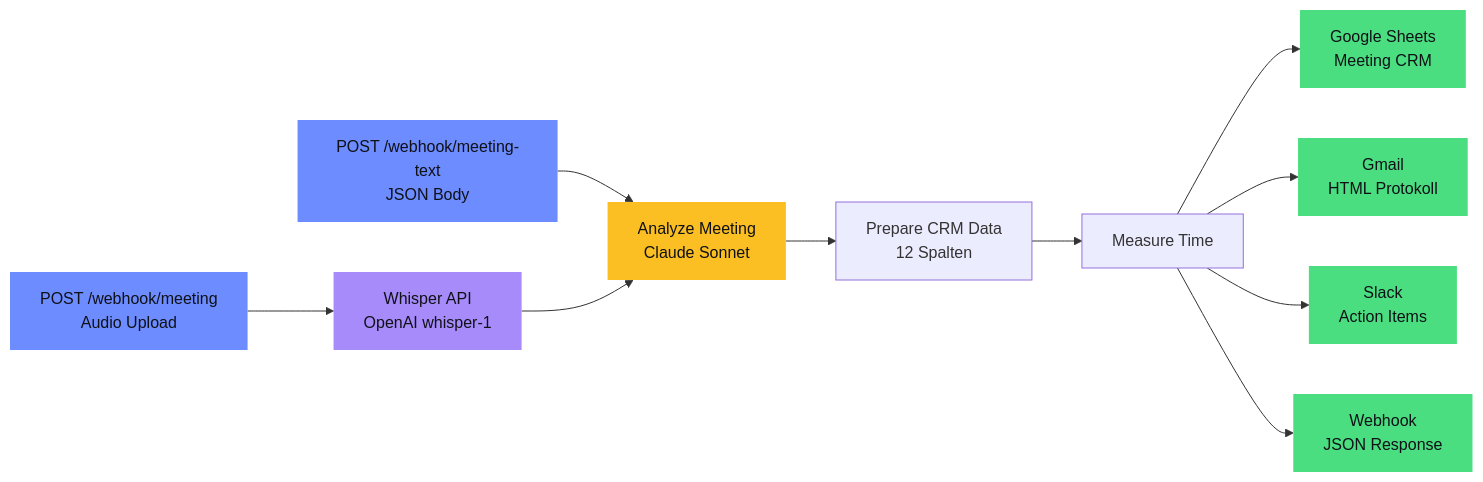
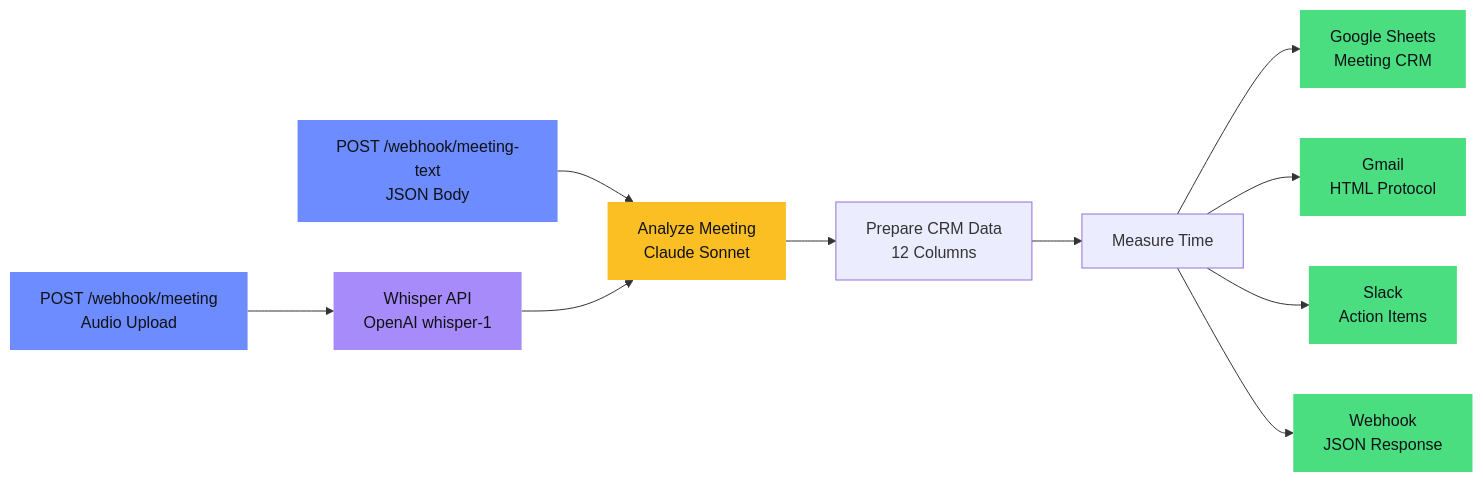
The diagram in README.md (mj-deving/n8n-meeting-intelligence), drawn with Mermaid before and after one commit. The commit also changed other lines of this file, not shown here.

````diff
--- a/README.md
+++ b/README.md
@@ -27,21 +27,21 @@
 ```mermaid
 flowchart LR
     A["POST /webhook/meeting-text\nJSON Body"] --> D
     B["POST /webhook/meeting\nAudio Upload"] --> C["Whisper API\nOpenAI whisper-1"]
     C --> D["Analyze Meeting\nClaude Sonnet"]
-    D --> E["Prepare CRM Data\n12 Spalten"]
+    D --> E["Prepare CRM Data\n12 Columns"]
     E --> F["Measure Time"]
     F --> G["Google Sheets\nMeeting CRM"]
-    F --> H["Gmail\nHTML Protokoll"]
+    F --> H["Gmail\nHTML Protocol"]
     F --> I["Slack\nAction Items"]
     F --> J["Webhook\nJSON Response"]
 
     style A fill:#6c8cff,color:#0f1117,stroke:none
     style B fill:#6c8cff,color:#0f1117,stroke:none
     style C fill:#a78bfa,color:#0f1117,stroke:none
     style D fill:#fbbf24,color:#0f1117,stroke:none
     style G fill:#4ade80,color:#0f1117,stroke:none
     style H fill:#4ade80,color:#0f1117,stroke:none
     style I fill:#4ade80,color:#0f1117,stroke:none
     style J fill:#4ade80,color:#0f1117,stroke:none
 ```
````
